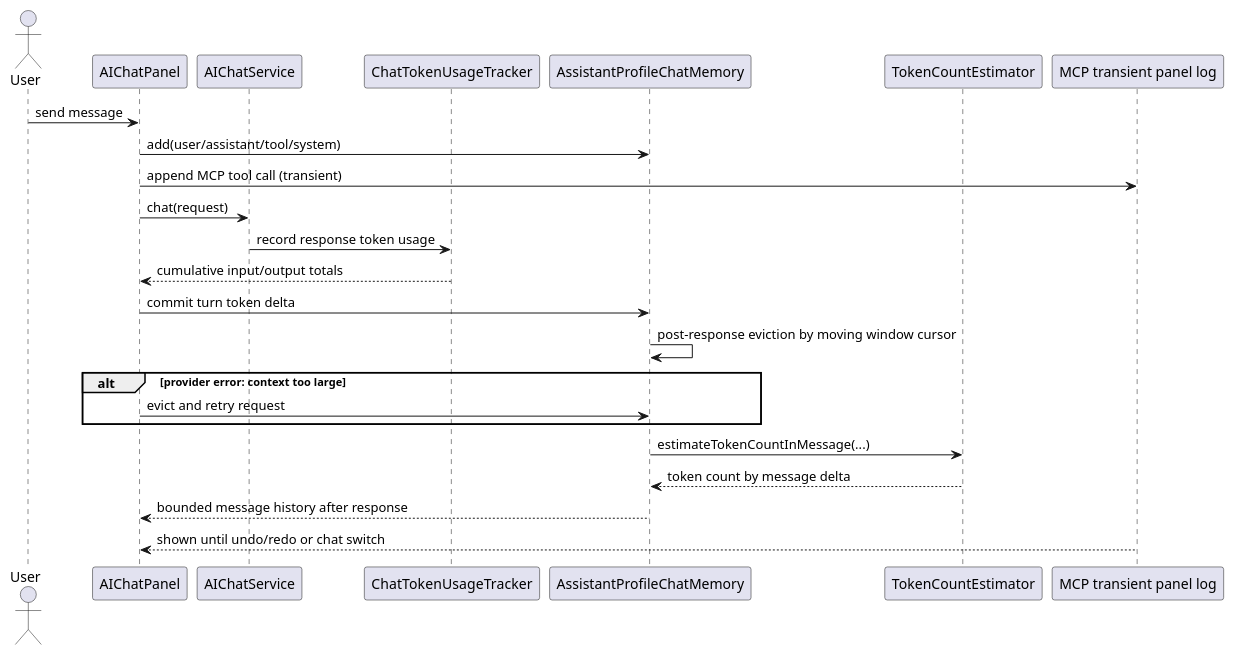
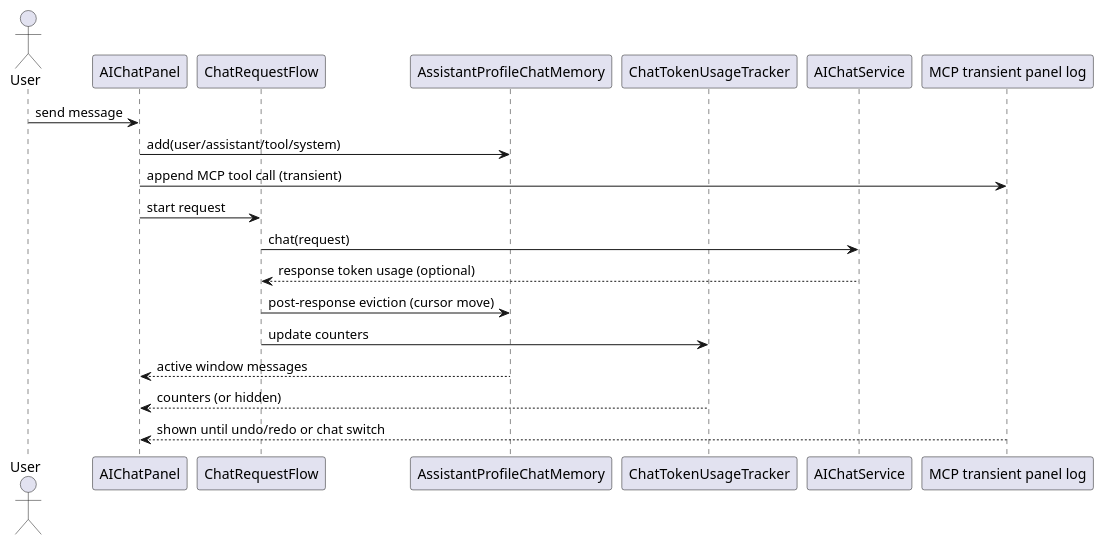
The first of 2 diagrams in ai-specs/tasks/in-progress/token-based-chat-memory-window.md (guoranjun2/nexordia), drawn with PlantUML before and after one commit. The commit also changed other lines of this file and 32 other files, not shown here.

Commit message:
2026-02-06-token-memory: use estimated token counts

````diff
--- a/ai-specs/tasks/in-progress/token-based-chat-memory-window.md
+++ b/ai-specs/tasks/in-progress/token-based-chat-memory-window.md
@@ -90,27 +90,23 @@
   ```plantuml
   @startuml
   actor User
   participant "AIChatPanel" as ChatPanel
+  participant "ChatRequestFlow" as RequestFlow
+  participant "AssistantProfileChatMemory" as Memory
+  participant "ChatTokenUsageTracker" as UsageTracker
   participant "AIChatService" as ChatService
-  participant "ChatTokenUsageTracker" as UsageTracker
-  participant "AssistantProfileChatMemory" as Memory
-  participant "TokenCountEstimator" as Estimator
   participant "MCP transient panel log" as McpLog
 
   User -> ChatPanel : send message
   ChatPanel -> Memory : add(user/assistant/tool/system)
   ChatPanel -> McpLog : append MCP tool call (transient)
-  ChatPanel -> ChatService : chat(request)
-  ChatService -> UsageTracker : record response token usage
-  UsageTracker --> ChatPanel : cumulative input/output totals
-  ChatPanel -> Memory : commit turn token delta
-  Memory -> Memory : post-response eviction by moving window cursor
-  alt provider error: context too large
-    ChatPanel -> Memory : evict and retry request
-  end
-  Memory -> Estimator : estimateTokenCountInMessage(...)
-  Estimator --> Memory : token count by message delta
-  Memory --> ChatPanel : bounded message history after response
+  ChatPanel -> RequestFlow : start request
+  RequestFlow -> ChatService : chat(request)
+  ChatService --> RequestFlow : response token usage (optional)
+  RequestFlow -> Memory : post-response eviction (cursor move)
+  RequestFlow -> UsageTracker : update counters
+  Memory --> ChatPanel : active window messages
+  UsageTracker --> ChatPanel : counters (or hidden)
   McpLog --> ChatPanel : shown until undo/redo or chat switch
   @enduml
   ```
````
